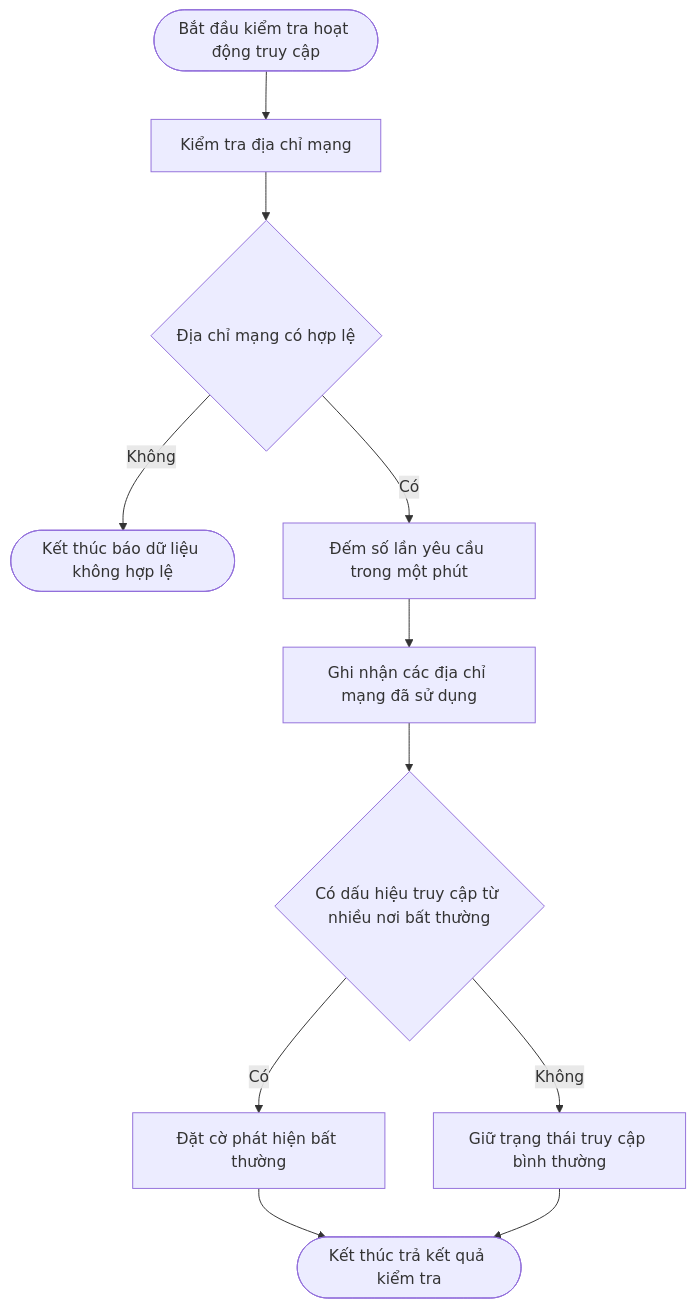
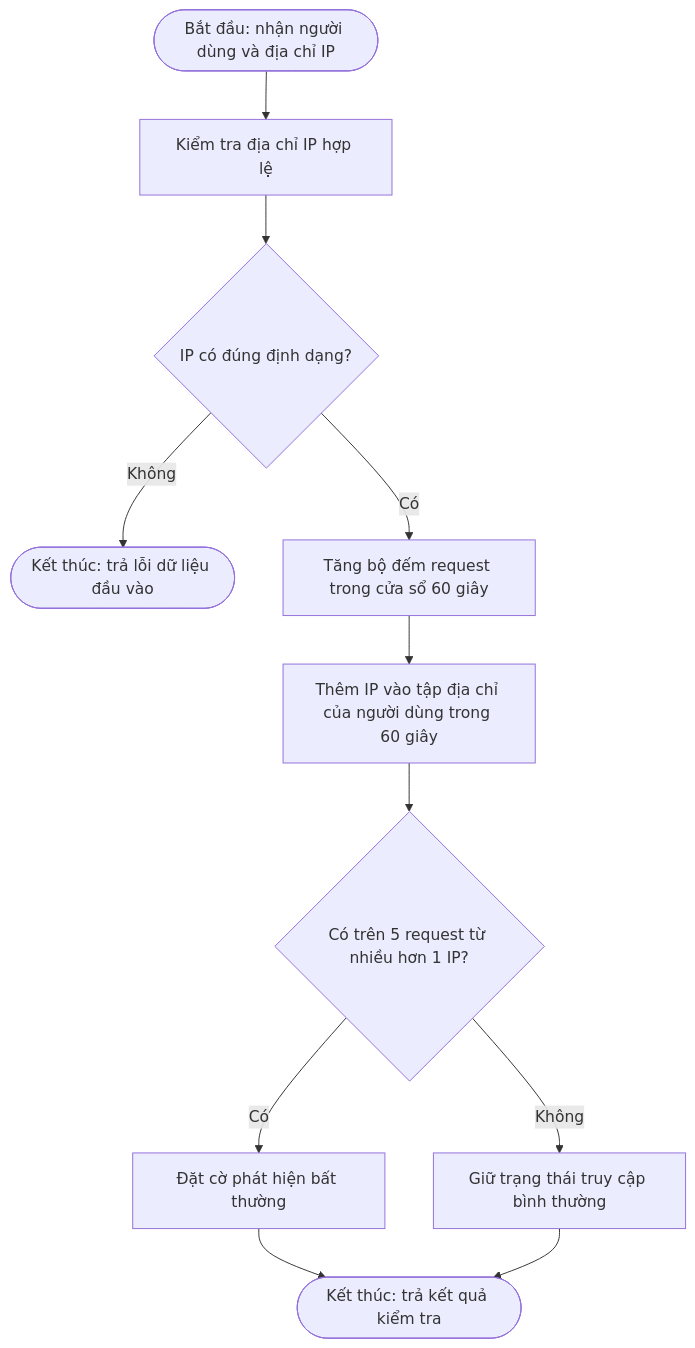
One commit to MinTruqday/dl changed the seventh of 10 diagrams in drm_full_workflow_guide.md. Above: the diagram before and after it, drawn with Mermaid. The commit also changed other lines of this file and 78 other files, not shown here.

````diff
--- a/drm_full_workflow_guide.md
+++ b/drm_full_workflow_guide.md
@@ -251,13 +177,13 @@
 ```mermaid
 flowchart TD
-    Start([Bắt đầu kiểm tra hoạt động truy cập]) --> ValidateIP[Kiểm tra địa chỉ mạng]
-    ValidateIP --> ValidIP{Địa chỉ mạng có hợp lệ}
-    ValidIP -->|Không| Invalid([Kết thúc báo dữ liệu không hợp lệ])
-    ValidIP -->|Có| CountRequests[Đếm số lần yêu cầu trong một phút]
-    CountRequests --> RecordIP[Ghi nhận các địa chỉ mạng đã sử dụng]
-    RecordIP --> IsAnomaly{Có dấu hiệu truy cập từ nhiều nơi bất thường}
+    Start([Bắt đầu: nhận người dùng và địa chỉ IP]) --> ValidateIP[Kiểm tra địa chỉ IP hợp lệ]
+    ValidateIP --> ValidIP{IP có đúng định dạng?}
+    ValidIP -->|Không| Invalid([Kết thúc: trả lỗi dữ liệu đầu vào])
+    ValidIP -->|Có| CountRequests[Tăng bộ đếm request trong cửa sổ 60 giây]
+    CountRequests --> RecordIP[Thêm IP vào tập địa chỉ của người dùng trong 60 giây]
+    RecordIP --> IsAnomaly{Có trên 5 request từ nhiều hơn 1 IP?}
     IsAnomaly -->|Có| FlagAnomaly[Đặt cờ phát hiện bất thường]
     IsAnomaly -->|Không| ClearAnomaly[Giữ trạng thái truy cập bình thường]
-    FlagAnomaly --> End([Kết thúc trả kết quả kiểm tra])
+    FlagAnomaly --> End([Kết thúc: trả kết quả kiểm tra])
     ClearAnomaly --> End
 ```
````
